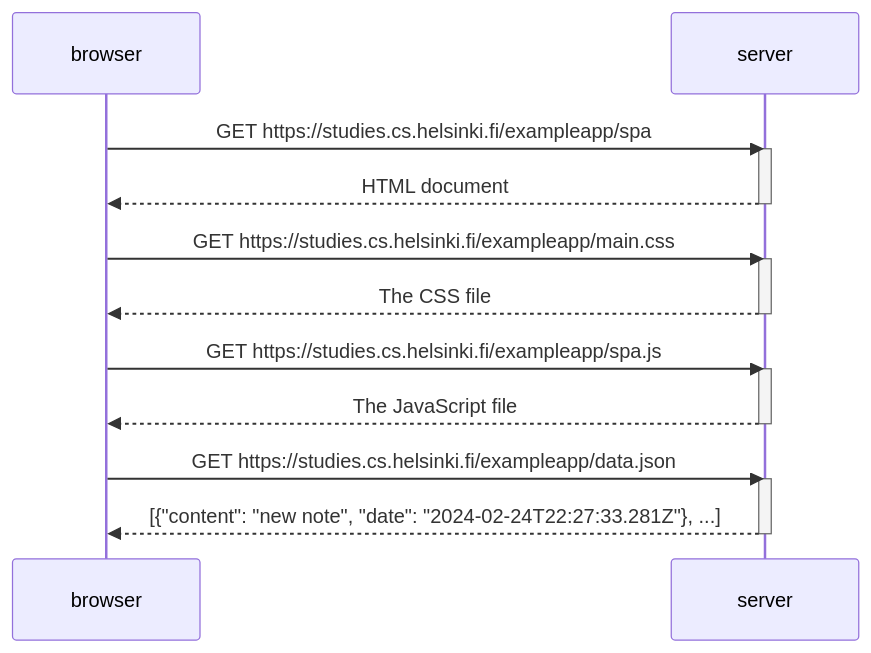
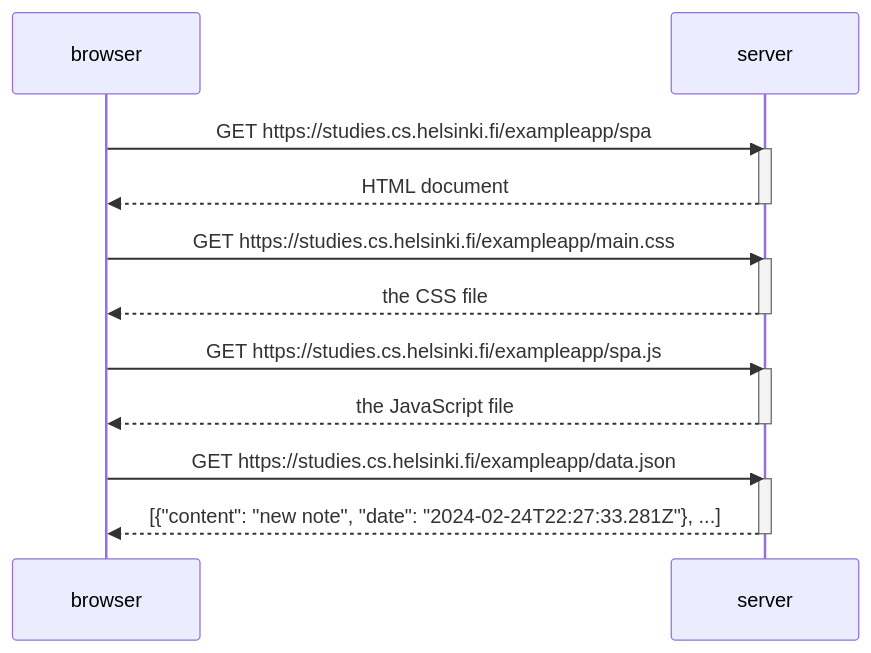
The diagram in part0/5-single-page-app-diagram.md (ada-only-one-ada/full-stack-open), drawn with Mermaid before and after one commit. The commit also changed other lines of this file, not shown here.

````diff
--- a/part0/5-single-page-app-diagram.md
+++ b/part0/5-single-page-app-diagram.md
@@ -1,26 +1,26 @@
 ```mermaid
 sequenceDiagram
     participant browser
     participant server
 
     browser->>server: GET https://studies.cs.helsinki.fi/exampleapp/spa
     activate server
     server-->>browser: HTML document
     deactivate server
 
     browser->>server: GET https://studies.cs.helsinki.fi/exampleapp/main.css
     activate server
-    server-->>browser: The CSS file
+    server-->>browser: the CSS file
     deactivate server
 
     browser->>server: GET https://studies.cs.helsinki.fi/exampleapp/spa.js
     activate server
-    server-->>browser: The JavaScript file
+    server-->>browser: the JavaScript file
     deactivate server
 
     browser->>server: GET https://studies.cs.helsinki.fi/exampleapp/data.json
     activate server
     server-->>browser: [{"content": "new note", "date": "2024-02-24T22:27:33.281Z"}, ...]
     deactivate server
     
 ```
````
